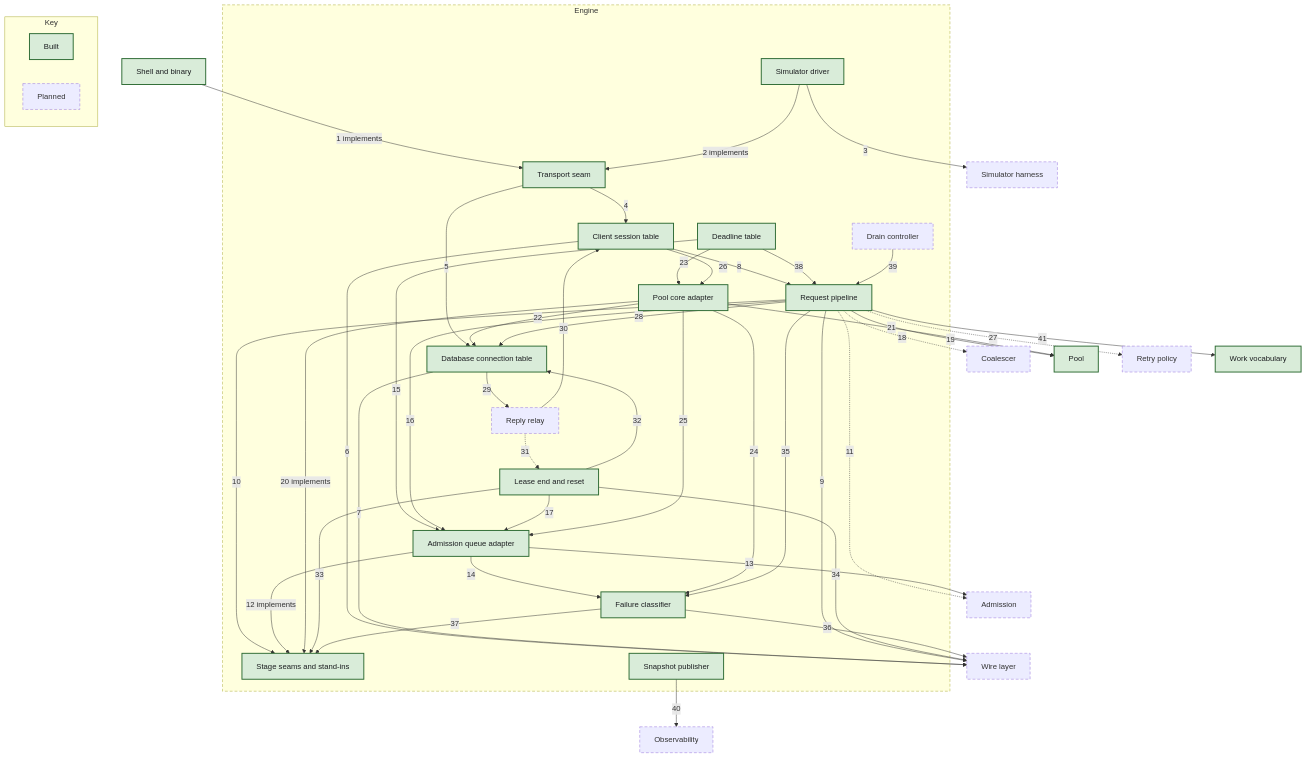
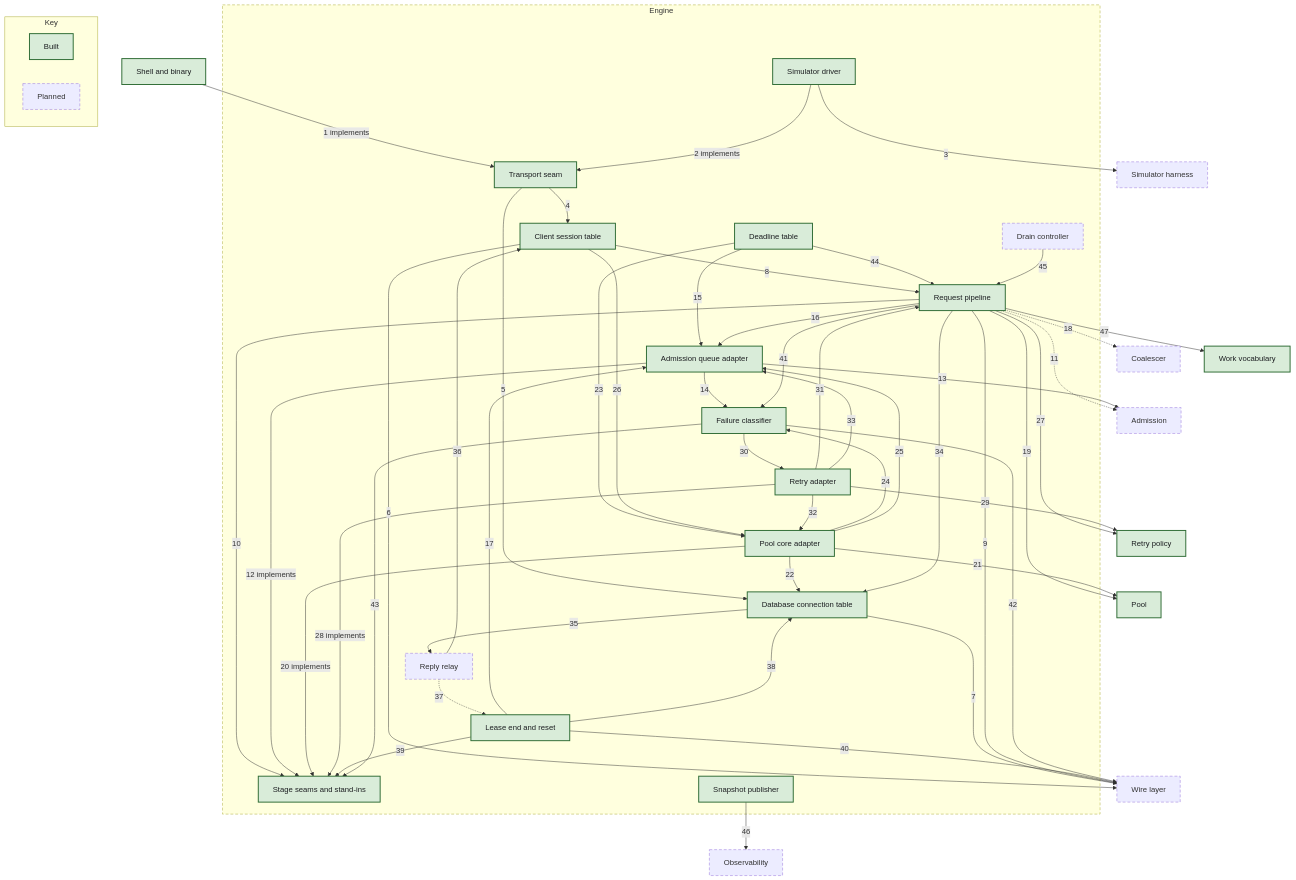
Before and after one commit to nickstrad/mini-gateway: the diagram in docs/c4/diagrams/05-component-engine.mmd, drawn with Mermaid. The commit also changed 19 other files, not shown here.

First line of the commit message:
c4: mark chunk 12's retry policy built and draw its wiring

```diff
--- a/docs/c4/diagrams/05-component-engine.mmd
+++ b/docs/c4/diagrams/05-component-engine.mmd
@@ -1,74 +1,81 @@
 flowchart TB
   N_SHELL["Shell and binary"]:::built
   N_SIM["Simulator harness"]:::planned
   N_PGWIRE["Wire layer"]:::planned
   N_ADM["Admission"]:::planned
   N_COAL["Coalescer"]:::planned
   N_POOL["Pool"]:::built
-  N_RETRY["Retry policy"]:::planned
+  N_RETRY["Retry policy"]:::built
   N_OBS["Observability"]:::planned
   N_WORK["Work vocabulary"]:::built
   subgraph SCOPE["Engine"]
     E_TRANSPORT["Transport seam"]:::built
     E_SESSIONS["Client session table"]:::built
     E_BACKENDS["Database connection table"]:::built
     E_PIPELINE["Request pipeline"]:::built
     E_SEAMS["Stage seams and stand-ins"]:::built
     E_RESET["Lease end and reset"]:::built
     E_RELAY["Reply relay"]:::planned
     E_FAIL["Failure classifier"]:::built
     E_CLOCK["Deadline table"]:::built
     E_DRAIN["Drain controller"]:::planned
     E_PUBLISH["Snapshot publisher"]:::built
     E_PROXYSIM["Simulator driver"]:::built
     E_ADMQ["Admission queue adapter"]:::built
     E_COREPOOL["Pool core adapter"]:::built
+    E_RETRY["Retry adapter"]:::built
   end
   N_SHELL -->|1 implements| E_TRANSPORT
   E_PROXYSIM -->|2 implements| E_TRANSPORT
   E_PROXYSIM -->|3| N_SIM
   E_TRANSPORT -->|4| E_SESSIONS
   E_TRANSPORT -->|5| E_BACKENDS
   E_SESSIONS -->|6| N_PGWIRE
   E_BACKENDS -->|7| N_PGWIRE
   E_SESSIONS -->|8| E_PIPELINE
   E_PIPELINE -->|9| N_PGWIRE
   E_PIPELINE -->|10| E_SEAMS
   E_PIPELINE -.->|11| N_ADM
   E_ADMQ -->|12 implements| E_SEAMS
   E_ADMQ -->|13| N_ADM
   E_ADMQ -->|14| E_FAIL
   E_CLOCK -->|15| E_ADMQ
   E_PIPELINE -->|16| E_ADMQ
   E_RESET -->|17| E_ADMQ
   E_PIPELINE -.->|18| N_COAL
   E_PIPELINE -->|19| N_POOL
   E_COREPOOL -->|20 implements| E_SEAMS
   E_COREPOOL -->|21| N_POOL
   E_COREPOOL -->|22| E_BACKENDS
   E_CLOCK -->|23| E_COREPOOL
   E_COREPOOL -->|24| E_FAIL
   E_COREPOOL -->|25| E_ADMQ
   E_SESSIONS -->|26| E_COREPOOL
-  E_PIPELINE -.->|27| N_RETRY
-  E_PIPELINE -->|28| E_BACKENDS
-  E_BACKENDS -->|29| E_RELAY
-  E_RELAY -->|30| E_SESSIONS
-  E_RELAY -.->|31| E_RESET
-  E_RESET -->|32| E_BACKENDS
-  E_RESET -->|33| E_SEAMS
-  E_RESET -->|34| N_PGWIRE
-  E_PIPELINE -->|35| E_FAIL
-  E_FAIL -->|36| N_PGWIRE
-  E_FAIL -->|37| E_SEAMS
-  E_CLOCK -->|38| E_PIPELINE
-  E_DRAIN -->|39| E_PIPELINE
-  E_PUBLISH -->|40| N_OBS
-  E_PIPELINE -->|41| N_WORK
+  E_PIPELINE -->|27| N_RETRY
+  E_RETRY -->|28 implements| E_SEAMS
+  E_RETRY -->|29| N_RETRY
+  E_FAIL -->|30| E_RETRY
+  E_RETRY -->|31| E_PIPELINE
+  E_RETRY -->|32| E_COREPOOL
+  E_RETRY -->|33| E_ADMQ
+  E_PIPELINE -->|34| E_BACKENDS
+  E_BACKENDS -->|35| E_RELAY
+  E_RELAY -->|36| E_SESSIONS
+  E_RELAY -.->|37| E_RESET
+  E_RESET -->|38| E_BACKENDS
+  E_RESET -->|39| E_SEAMS
+  E_RESET -->|40| N_PGWIRE
+  E_PIPELINE -->|41| E_FAIL
+  E_FAIL -->|42| N_PGWIRE
+  E_FAIL -->|43| E_SEAMS
+  E_CLOCK -->|44| E_PIPELINE
+  E_DRAIN -->|45| E_PIPELINE
+  E_PUBLISH -->|46| N_OBS
+  E_PIPELINE -->|47| N_WORK
   subgraph KEY["Key"]
     KEY_BUILT["Built"]:::built
     KEY_PLANNED["Planned"]:::planned
   end
   classDef built fill:#d9ecd9,stroke:#2e6b34,stroke-width:2px,color:#1c1e21
   classDef planned stroke-width:1px,stroke-dasharray:6 4
   style SCOPE stroke-dasharray:6 4
```
